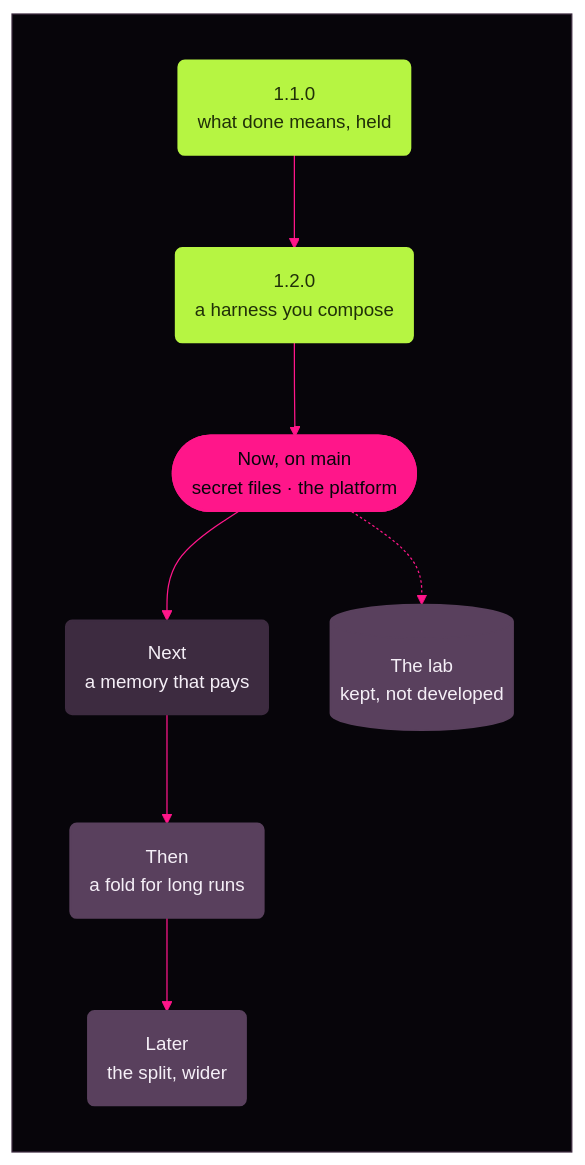
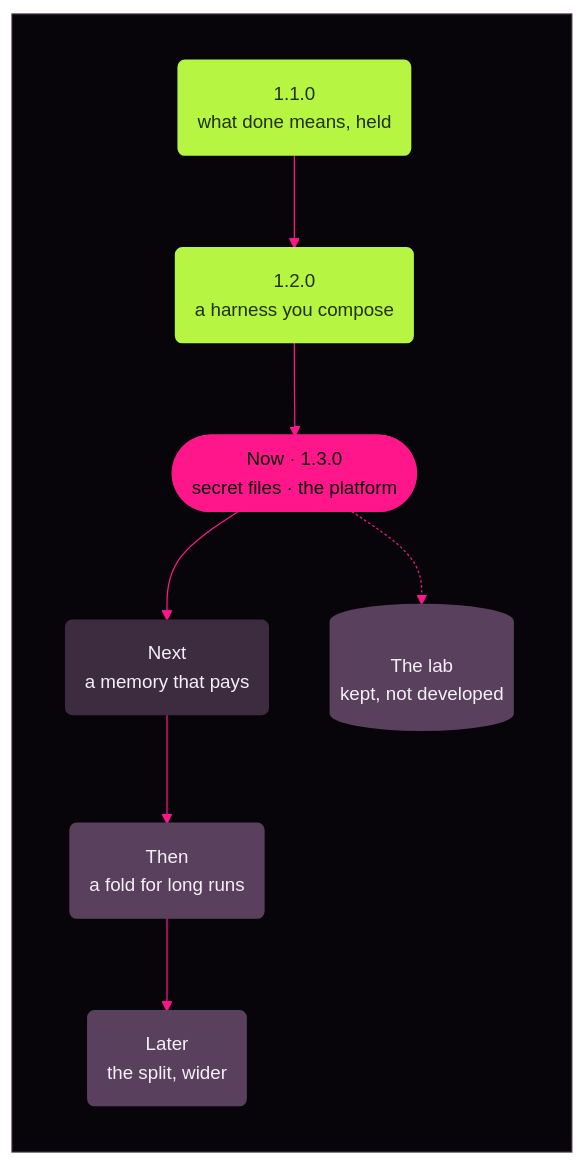
The diagram in docs/roadmap.md (Kaginari/mikata), drawn with Mermaid before and after one commit. The commit also changed other lines of this file and 3 other files, not shown here.

Commit message:
Release 1.3.0: version, changelog dated 2026-11-27, the roadmap's Now

````diff
--- a/docs/roadmap.md
+++ b/docs/roadmap.md
@@ -9,76 +9,76 @@
 ```mermaid
 ---
 config:
   theme: base
   themeVariables:
     darkMode: true
     background: "#07050a"
     fontFamily: "Inter, Segoe UI, system-ui, -apple-system, Helvetica, Arial, sans-serif"
     fontSize: "15px"
     primaryColor: "#3d2b40"
     primaryTextColor: "#f5eff7"
     primaryBorderColor: "#3d2b40"
     secondaryColor: "#59405d"
     secondaryTextColor: "#f5eff7"
     secondaryBorderColor: "#59405d"
     tertiaryColor: "#110c14"
     tertiaryTextColor: "#f5eff7"
     tertiaryBorderColor: "#3d2b40"
     lineColor: "#ff168a"
     textColor: "#f5eff7"
     titleColor: "#f5eff7"
     edgeLabelBackground: "#07050a"
     clusterBkg: "#110c14"
     clusterBorder: "#3d2b40"
     noteBkgColor: "#ffb020"
     noteTextColor: "#1a1205"
     noteBorderColor: "#ffb020"
     actorBkg: "#3d2b40"
     actorBorder: "#3d2b40"
     actorTextColor: "#f5eff7"
     actorLineColor: "#59405d"
     signalColor: "#ff655c"
     signalTextColor: "#f5eff7"
     labelBoxBkgColor: "#3d2b40"
     labelBoxBorderColor: "#3d2b40"
     labelTextColor: "#f5eff7"
     loopTextColor: "#f5eff7"
     activationBkgColor: "#ff168a"
     activationBorderColor: "#ff168a"
     sequenceNumberColor: "#07050a"
     transitionColor: "#ff168a"
     transitionLabelColor: "#f5eff7"
     stateLabelColor: "#f5eff7"
     stateBkg: "#3d2b40"
     labelBackgroundColor: "#07050a"
     compositeBackground: "#110c14"
     compositeTitleBackground: "#3d2b40"
     altBackground: "#110c14"
     specialStateColor: "#b6f542"
     innerEndBackground: "#b6f542"
   flowchart:
     wrappingWidth: 220
 ---
 flowchart TD
     subgraph MIKATA_BG[" "]
       direction TB
       R("1.1.0<br/>what done means, held") --> R2("1.2.0<br/>a harness you compose")
-      R2 --> N(["Now, on main<br/>secret files · the platform"])
+      R2 --> N(["Now · 1.3.0<br/>secret files · the platform"])
       N --> M("Next<br/>a memory that pays")
       M --> F("Then<br/>a fold for long runs")
       F --> S("Later<br/>the split, wider")
       L[("The lab<br/>kept, not developed")]
       N -.-> L
     end
     classDef shipped fill:#b6f542,stroke:#b6f542,stroke-width:2px,color:#203008
     class R,R2 shipped
     classDef now fill:#ff168a,stroke:#ff168a,stroke-width:2px,color:#07050a
     class N now
     classDef next fill:#3d2b40,stroke:#3d2b40,stroke-width:1.5px,color:#f5eff7
     class M next
     classDef later fill:#59405d,stroke:#59405d,stroke-width:2px,color:#f5eff7
     class F,S later
     classDef lab fill:#59405d,stroke:#59405d,stroke-width:1.5px,color:#f5eff7
     class L lab
     style MIKATA_BG fill:#07050a,stroke:#3d2b40,color:#07050a
 ```
````
